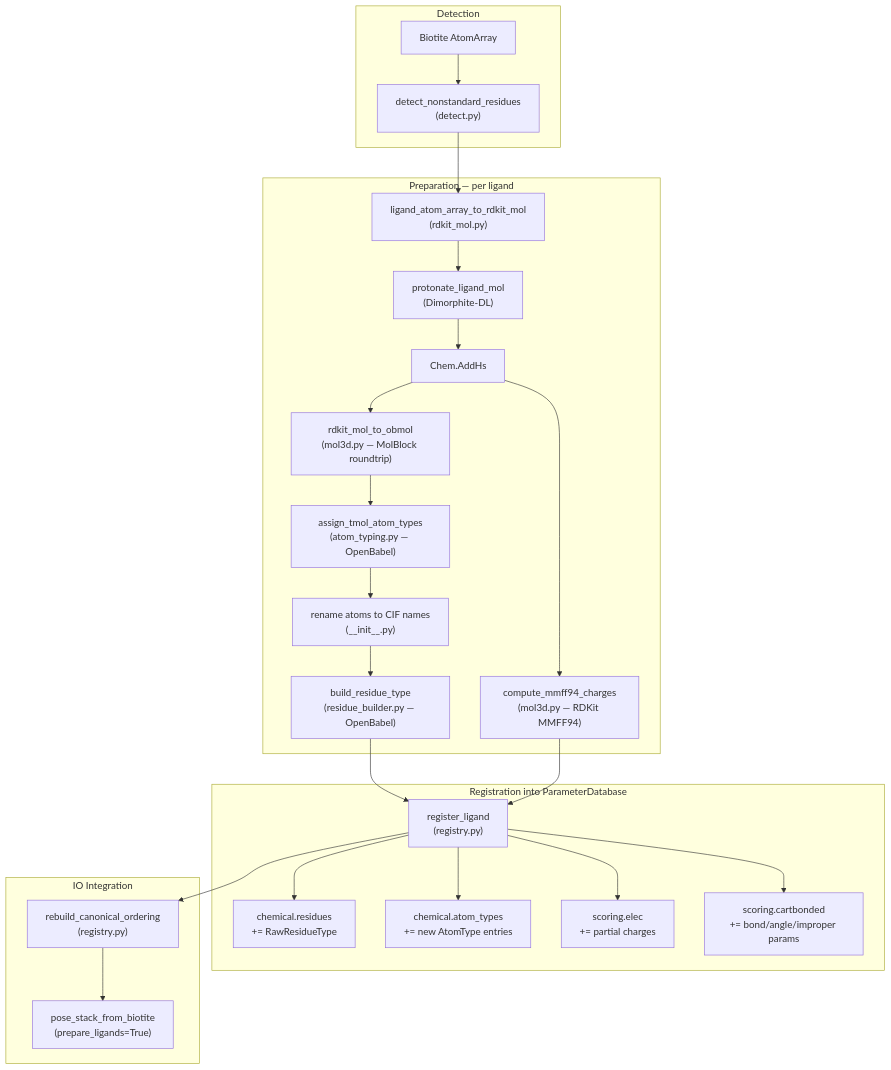
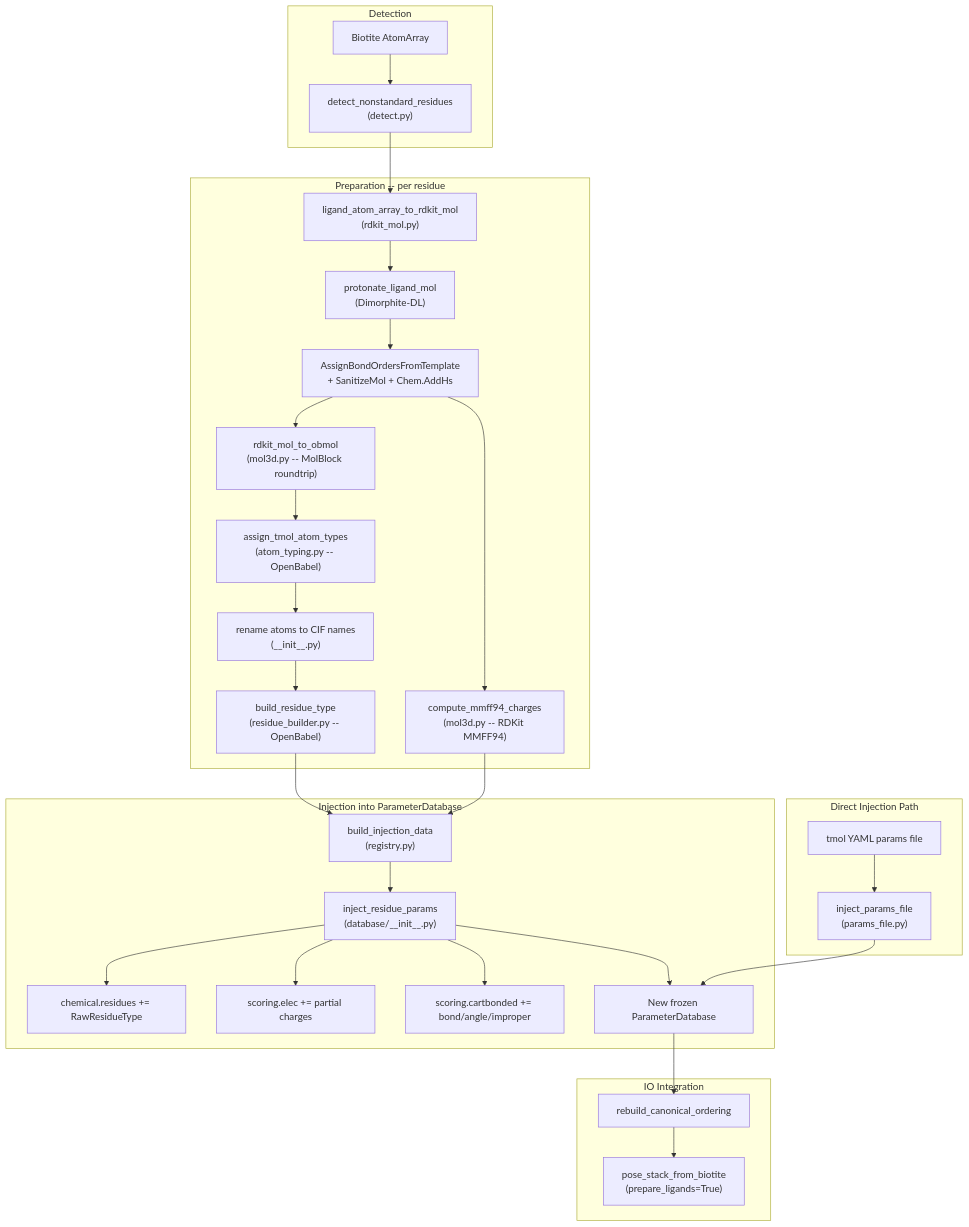
One commit to uw-ipd/tmol changed the diagram in tmol/ligand/README.md. Above: the diagram before and after it, drawn with Mermaid. The commit also changed other lines of this file and 44 other files, not shown here.

````diff
--- a/tmol/ligand/README.md
+++ b/tmol/ligand/README.md
@@ -10,34 +9,40 @@
 ```mermaid
 flowchart TD
     subgraph detection [Detection]
         A["Biotite AtomArray"] --> B["detect_nonstandard_residues\n(detect.py)"]
     end
 
-    subgraph preparation [Preparation — per ligand]
+    subgraph preparation [Preparation -- per residue]
         B --> C["ligand_atom_array_to_rdkit_mol\n(rdkit_mol.py)"]
         C --> D["protonate_ligand_mol\n(Dimorphite-DL)"]
-        D --> E["Chem.AddHs"]
+        D --> E["AssignBondOrdersFromTemplate\n+ SanitizeMol + Chem.AddHs"]
 
-        E --> F["compute_mmff94_charges\n(mol3d.py — RDKit MMFF94)"]
-        E --> G["rdkit_mol_to_obmol\n(mol3d.py — MolBlock roundtrip)"]
+        E --> F["compute_mmff94_charges\n(mol3d.py -- RDKit MMFF94)"]
+        E --> G["rdkit_mol_to_obmol\n(mol3d.py -- MolBlock roundtrip)"]
 
-        G --> H["assign_tmol_atom_types\n(atom_typing.py — OpenBabel)"]
+        G --> H["assign_tmol_atom_types\n(atom_typing.py -- OpenBabel)"]
         H --> I["rename atoms to CIF names\n(__init__.py)"]
-        I --> J["build_residue_type\n(residue_builder.py — OpenBabel)"]
+        I --> J["build_residue_type\n(residue_builder.py -- OpenBabel)"]
     end
 
-    subgraph registration [Registration into ParameterDatabase]
-        J --> K["register_ligand\n(registry.py)"]
+    subgraph injection [Injection into ParameterDatabase]
+        J --> K["build_injection_data\n(registry.py)"]
         F --> K
 
-        K --> L1["chemical.residues\n+= RawResidueType"]
-        K --> L2["chemical.atom_types\n+= new AtomType entries"]
-        K --> L3["scoring.elec\n+= partial charges"]
-        K --> L4["scoring.cartbonded\n+= bond/angle/improper params"]
+        K --> L["inject_residue_params\n(database/__init__.py)"]
+        L --> L1["chemical.residues += RawResidueType"]
+        L --> L2["scoring.elec += partial charges"]
+        L --> L3["scoring.cartbonded += bond/angle/improper"]
+        L --> M["New frozen ParameterDatabase"]
     end
 
     subgraph io [IO Integration]
-        K --> M["rebuild_canonical_ordering\n(registry.py)"]
-        M --> N["pose_stack_from_biotite\n(prepare_ligands=True)"]
+        M --> N["rebuild_canonical_ordering"]
+        N --> O["pose_stack_from_biotite\n(prepare_ligands=True)"]
+    end
+
+    subgraph direct [Direct Injection Path]
+        P["tmol YAML params file"] --> Q["inject_params_file\n(params_file.py)"]
+        Q --> M
     end
 ```
````
